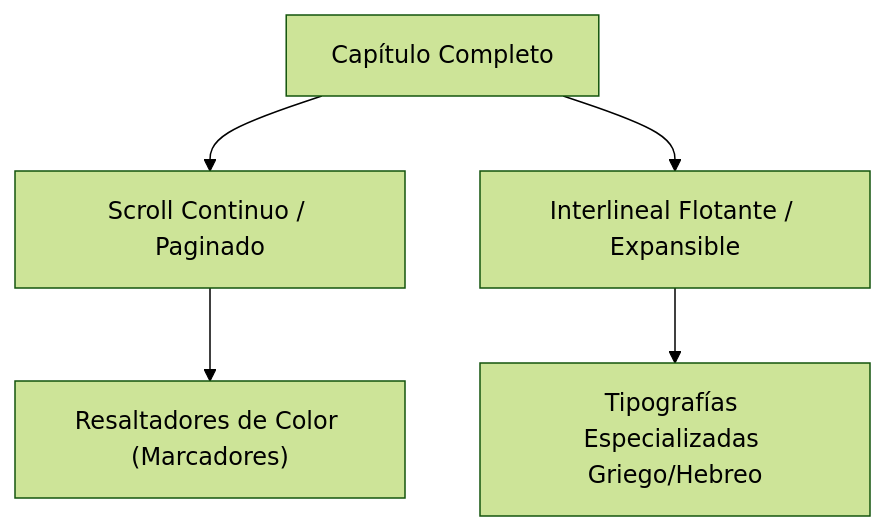
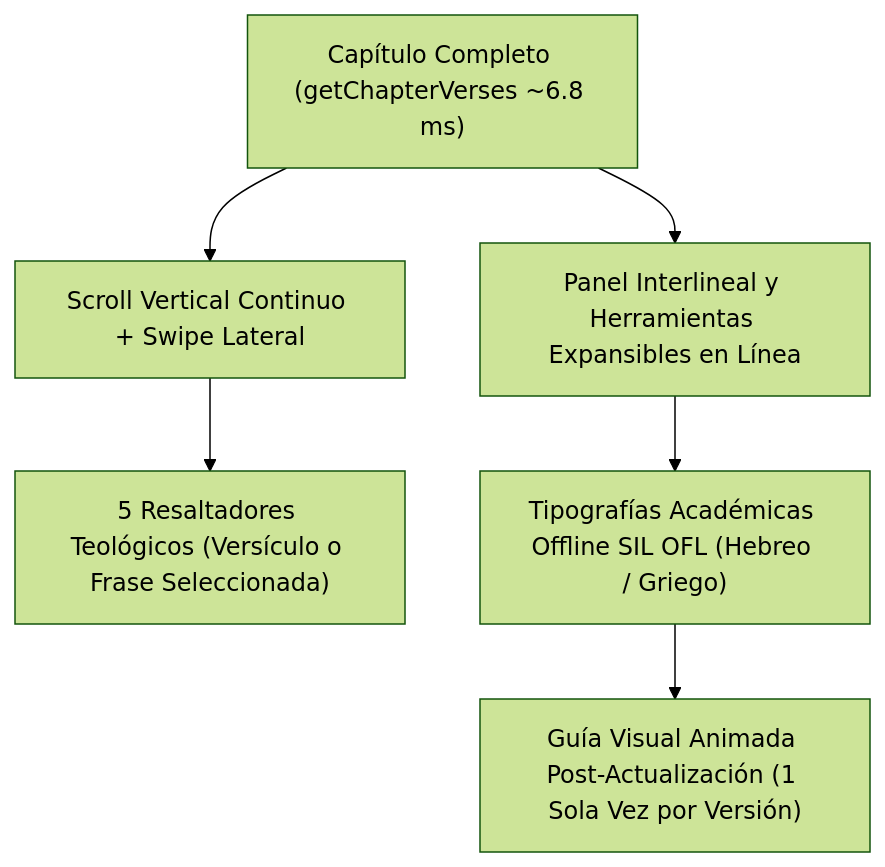
One commit to NetOpsSolutions/Berea_Interlineal changed the third of 4 diagrams in Archivos_md/PLAN_IMPLEMENTACION.md. Above: the diagram before and after it, drawn with Mermaid (forest theme). The commit also changed other lines of this file and 40 other files, not shown here.

````diff
--- a/Archivos_md/PLAN_IMPLEMENTACION.md
+++ b/Archivos_md/PLAN_IMPLEMENTACION.md
@@ -92,7 +92,8 @@
 ```mermaid
 flowchart TD
-    A["Capítulo Completo"] --> B["Scroll Continuo / Paginado"]
-    A --> C["Interlineal Flotante / Expansible"]
-    B --> D["Resaltadores de Color (Marcadores)"]
-    C --> E["Tipografías Especializadas Griego/Hebreo"]
+    A["Capítulo Completo (getChapterVerses ~6.8 ms)"] --> B["Scroll Vertical Continuo + Swipe Lateral"]
+    A --> C["Panel Interlineal y Herramientas Expansibles en Línea"]
+    B --> D["5 Resaltadores Teológicos (Versículo o Frase Seleccionada)"]
+    C --> E["Tipografías Académicas Offline SIL OFL (Hebreo / Griego)"]
+    E --> F["Guía Visual Animada Post-Actualización (1 Sola Vez por Versión)"]
 ```
````
